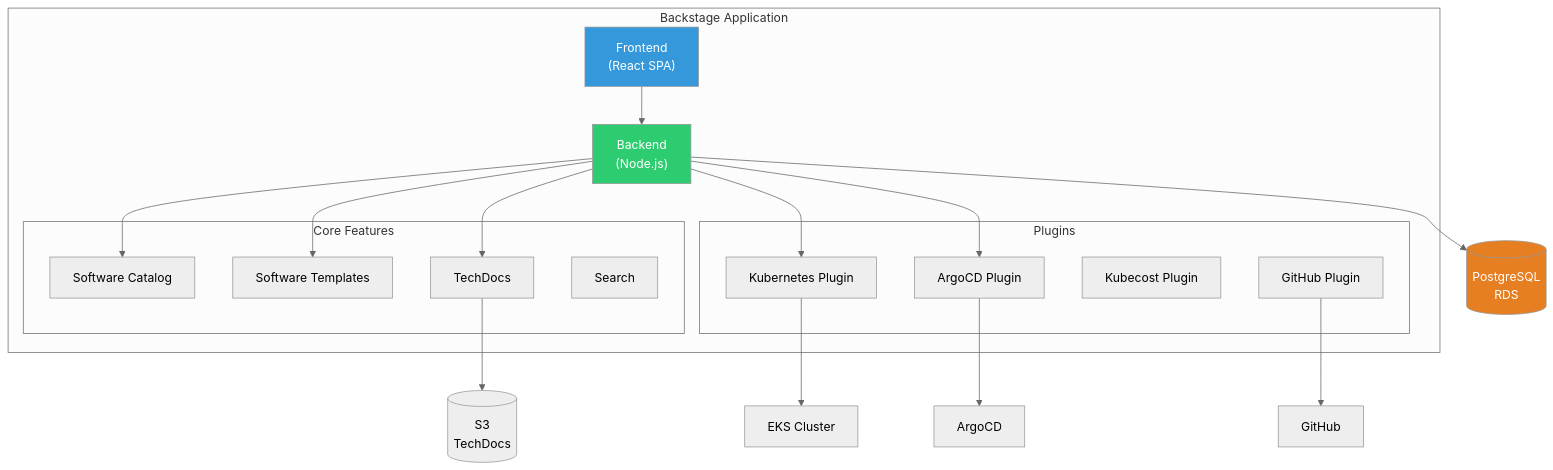
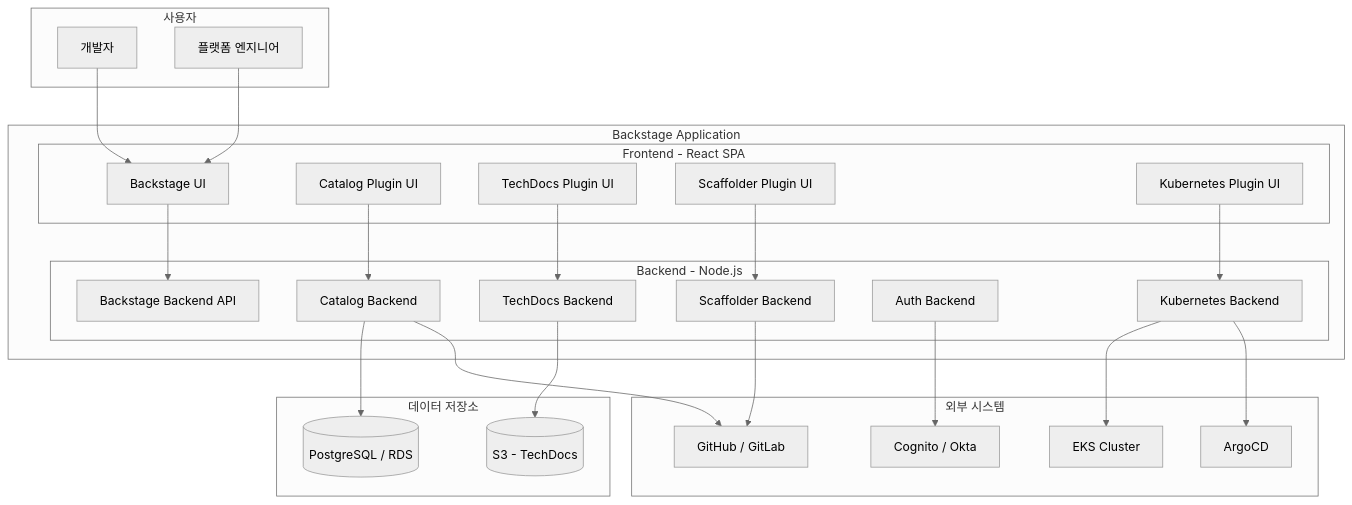
One commit to Atom-oh/kubernetes-docs changed the first of 4 diagrams in ko/platform-engineering/06-backstage-idp.md. Above: the diagram before and after it, drawn with Mermaid (neutral theme). The commit also changed other lines of this file and 8 other files, not shown here.

````diff
--- a/ko/platform-engineering/06-backstage-idp.md
+++ b/ko/platform-engineering/06-backstage-idp.md
@@ -38,44 +64,53 @@
 ```mermaid
 graph TB
-    subgraph "Backstage Application"
-        FE["Frontend<br/>(React SPA)"]
-        BE["Backend<br/>(Node.js)"]
-        
-        subgraph "Core Features"
-            Catalog["Software Catalog"]
-            Templates["Software Templates"]
-            TechDocs["TechDocs"]
-            Search["Search"]
+    subgraph users["사용자"]
+        DEV[개발자]
+        PM[플랫폼 엔지니어]
+    end
+
+    subgraph backstage["Backstage Application"]
+        subgraph frontend["Frontend - React SPA"]
+            UI[Backstage UI]
+            FP1[Catalog Plugin UI]
+            FP2[TechDocs Plugin UI]
+            FP3[Scaffolder Plugin UI]
+            FP4[Kubernetes Plugin UI]
         end
-        
-        subgraph "Plugins"
-            K8sPlugin["Kubernetes Plugin"]
-            ArgoPlugin["ArgoCD Plugin"]
-            CostPlugin["Kubecost Plugin"]
-            GHPlugin["GitHub Plugin"]
+
+        subgraph backend["Backend - Node.js"]
+            API[Backstage Backend API]
+            BP1[Catalog Backend]
+            BP2[TechDocs Backend]
+            BP3[Scaffolder Backend]
+            BP4[Auth Backend]
+            BP5[Kubernetes Backend]
         end
     end
-    
-    FE --> BE
-    BE --> Catalog
-    BE --> Templates
-    BE --> TechDocs
-    BE --> K8sPlugin
-    BE --> ArgoPlugin
-    
-    DB[(PostgreSQL<br/>RDS)]
-    S3[(S3<br/>TechDocs)]
-    EKS["EKS Cluster"]
-    ArgoCD["ArgoCD"]
-    GitHub["GitHub"]
-    
-    BE --> DB
-    TechDocs --> S3
-    K8sPlugin --> EKS
-    ArgoPlugin --> ArgoCD
-    GHPlugin --> GitHub
-    
-    style FE fill:#3498DB,color:#fff
-    style BE fill:#2ECC71,color:#fff
-    style DB fill:#E67E22,color:#fff
+
+    subgraph storage["데이터 저장소"]
+        PG[(PostgreSQL / RDS)]
+        S3[(S3 - TechDocs)]
+    end
+
+    subgraph external["외부 시스템"]
+        GH[GitHub / GitLab]
+        K8S[EKS Cluster]
+        ARGO[ArgoCD]
+        OIDC[Cognito / Okta]
+    end
+
+    DEV --> UI
+    PM --> UI
+    UI --> API
+    FP1 --> BP1
+    FP2 --> BP2
+    FP3 --> BP3
+    FP4 --> BP5
+    BP1 --> PG
+    BP2 --> S3
+    BP4 --> OIDC
+    BP1 --> GH
+    BP3 --> GH
+    BP5 --> K8S
+    BP5 --> ARGO
 ```
````
